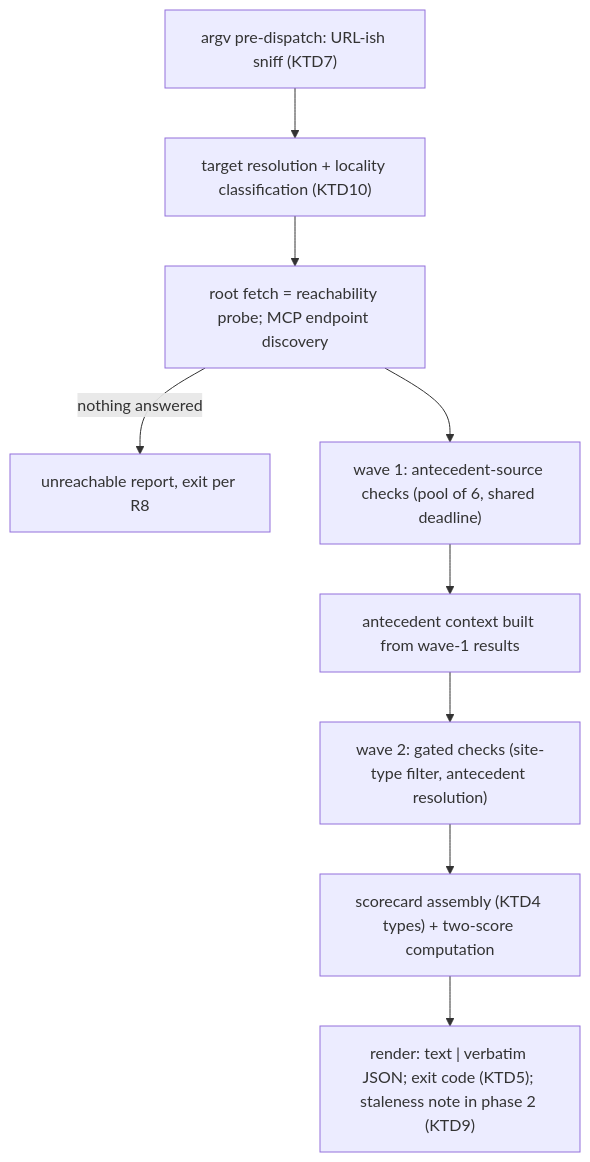
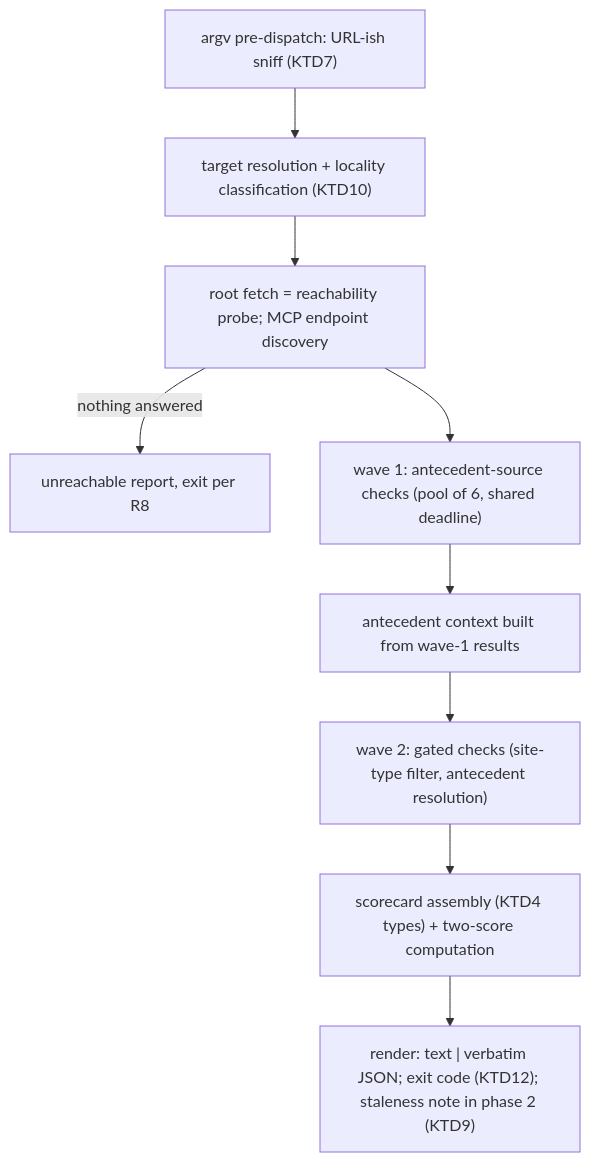
Before and after one commit to brettdavies/agentnative-cli: the second of 4 diagrams in docs/plans/2026-09-01-1611-feat-local-web-audit-plan.md, drawn with Mermaid. The commit also changed other lines of this file, not shown here.

````diff
--- a/docs/plans/2026-09-01-1611-feat-local-web-audit-plan.md
+++ b/docs/plans/2026-09-01-1611-feat-local-web-audit-plan.md
@@ -581,11 +742,11 @@
 ```mermaid
 flowchart TB
   A["argv pre-dispatch: URL-ish sniff (KTD7)"] --> B["target resolution + locality classification (KTD10)"]
   B --> C["root fetch = reachability probe; MCP endpoint discovery"]
   C -->|nothing answered| U["unreachable report, exit per R8"]
   C --> D["wave 1: antecedent-source checks (pool of 6, shared deadline)"]
   D --> E["antecedent context built from wave-1 results"]
   E --> F["wave 2: gated checks (site-type filter, antecedent resolution)"]
   F --> G["scorecard assembly (KTD4 types) + two-score computation"]
-  G --> H["render: text | verbatim JSON; exit code (KTD5); staleness note in phase 2 (KTD9)"]
+  G --> H["render: text | verbatim JSON; exit code (KTD12); staleness note in phase 2 (KTD9)"]
 ```
````
